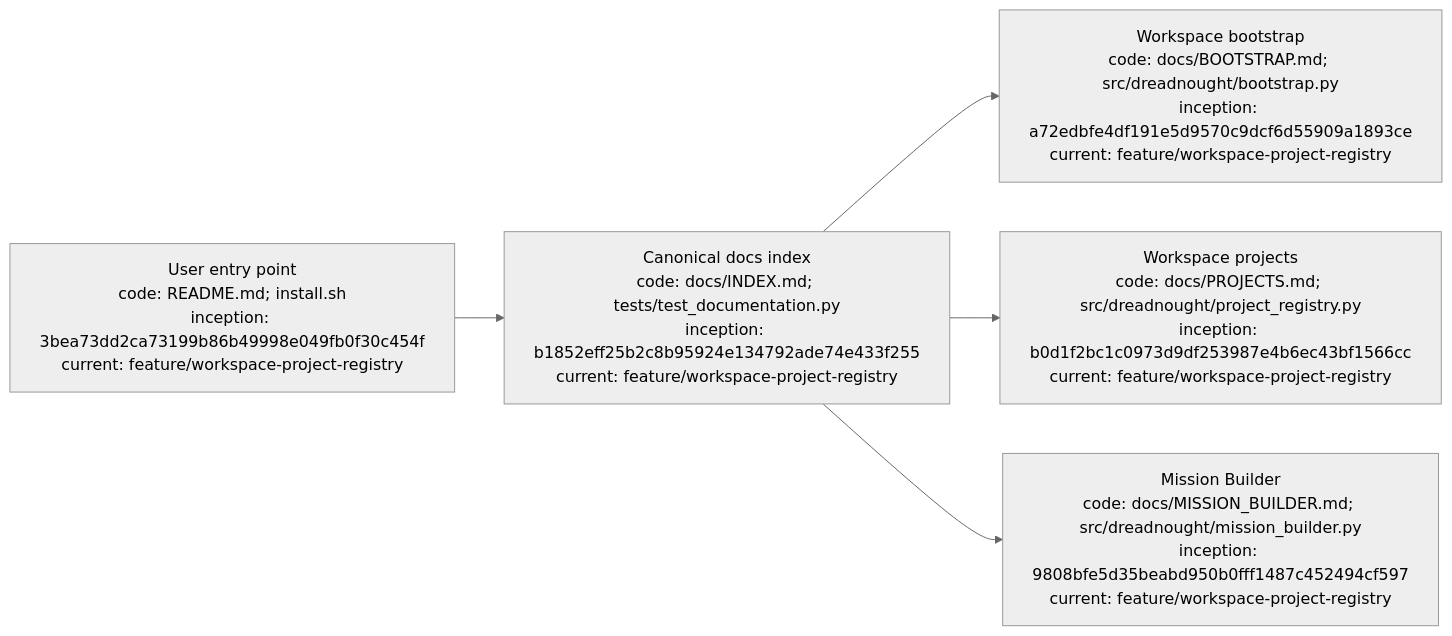
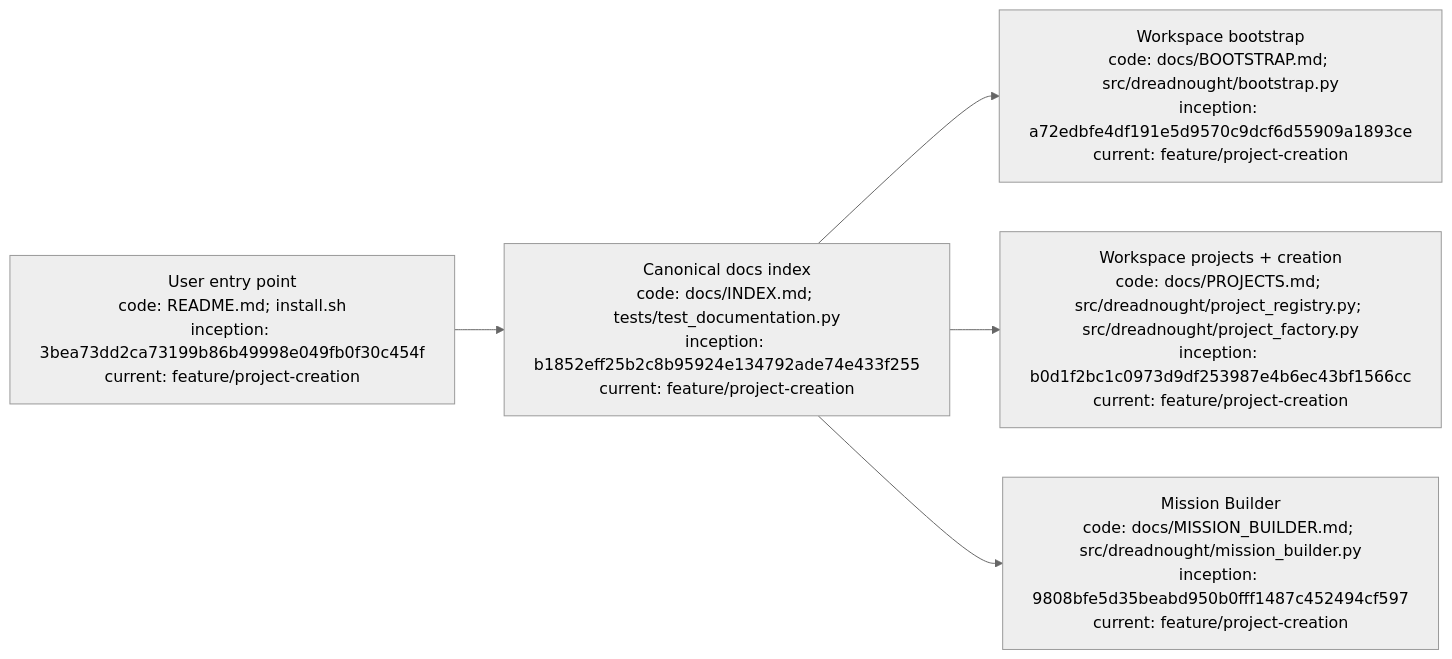
Before and after one commit to seanbman/dreadnought: the diagram in docs/INDEX.md, drawn with Mermaid (neutral theme). The commit also changed other lines of this file, not shown here.

Commit message:
docs: mark project creation current

````diff
--- a/docs/INDEX.md
+++ b/docs/INDEX.md
@@ -67,7 +67,7 @@
 ```mermaid
 flowchart LR
-    R["User entry point\ncode: README.md; install.sh\ninception: 3bea73dd2ca73199b86b49998e049fb0f30c454f\ncurrent: feature/workspace-project-registry"] --> I["Canonical docs index\ncode: docs/INDEX.md; tests/test_documentation.py\ninception: b1852eff25b2c8b95924e134792ade74e433f255\ncurrent: feature/workspace-project-registry"]
-    I --> B["Workspace bootstrap\ncode: docs/BOOTSTRAP.md; src/dreadnought/bootstrap.py\ninception: a72edbfe4df191e5d9570c9dcf6d55909a1893ce\ncurrent: feature/workspace-project-registry"]
-    I --> P["Workspace projects\ncode: docs/PROJECTS.md; src/dreadnought/project_registry.py\ninception: b0d1f2bc1c0973d9df253987e4b6ec43bf1566cc\ncurrent: feature/workspace-project-registry"]
-    I --> M["Mission Builder\ncode: docs/MISSION_BUILDER.md; src/dreadnought/mission_builder.py\ninception: 9808bfe5d35beabd950b0fff1487c452494cf597\ncurrent: feature/workspace-project-registry"]
+    R["User entry point\ncode: README.md; install.sh\ninception: 3bea73dd2ca73199b86b49998e049fb0f30c454f\ncurrent: feature/project-creation"] --> I["Canonical docs index\ncode: docs/INDEX.md; tests/test_documentation.py\ninception: b1852eff25b2c8b95924e134792ade74e433f255\ncurrent: feature/project-creation"]
+    I --> B["Workspace bootstrap\ncode: docs/BOOTSTRAP.md; src/dreadnought/bootstrap.py\ninception: a72edbfe4df191e5d9570c9dcf6d55909a1893ce\ncurrent: feature/project-creation"]
+    I --> P["Workspace projects + creation\ncode: docs/PROJECTS.md; src/dreadnought/project_registry.py; src/dreadnought/project_factory.py\ninception: b0d1f2bc1c0973d9df253987e4b6ec43bf1566cc\ncurrent: feature/project-creation"]
+    I --> M["Mission Builder\ncode: docs/MISSION_BUILDER.md; src/dreadnought/mission_builder.py\ninception: 9808bfe5d35beabd950b0fff1487c452494cf597\ncurrent: feature/project-creation"]
 ```
````
